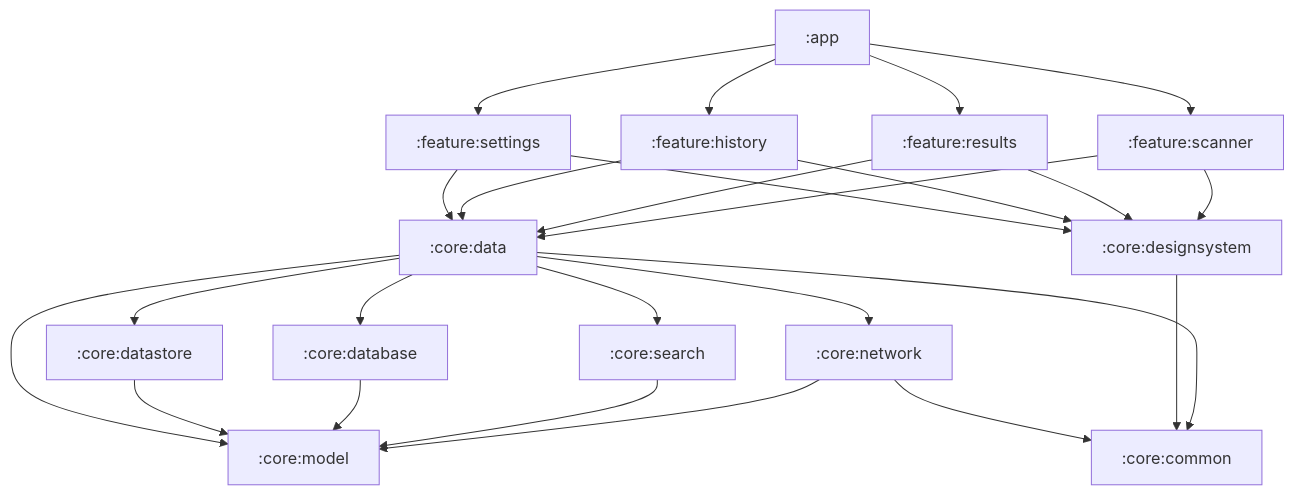
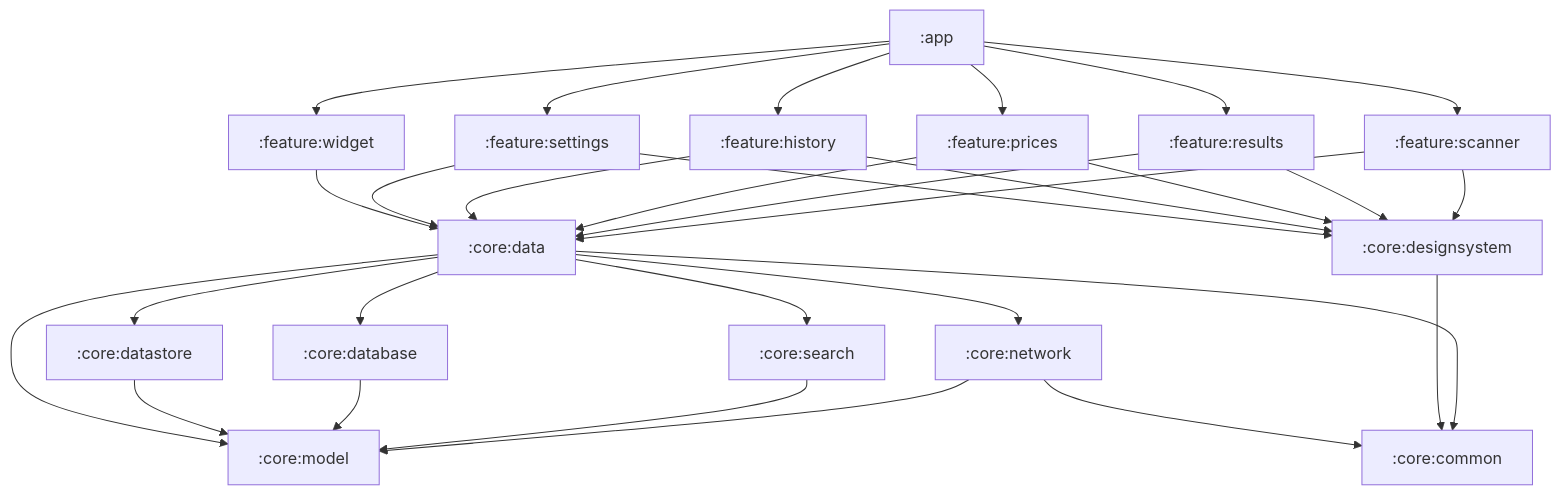
The diagram in README.md (RhymezxCode/LifeLen), drawn with Mermaid before and after one commit. The commit also changed other lines of this file, not shown here.

````diff
--- a/README.md
+++ b/README.md
@@ -79,32 +85,37 @@
 ```mermaid
 graph TD
     app[":app"] --> fscanner[":feature:scanner"]
     app --> fresults[":feature:results"]
+    app --> fprices[":feature:prices"]
     app --> fhistory[":feature:history"]
     app --> fsettings[":feature:settings"]
+    app --> fwidget[":feature:widget"]
 
     fscanner --> data[":core:data"]
     fresults --> data
+    fprices --> data
     fhistory --> data
     fsettings --> data
+    fwidget --> data
 
     fscanner --> ds[":core:designsystem"]
     fresults --> ds
+    fprices --> ds
     fhistory --> ds
     fsettings --> ds
 
     data --> network[":core:network"]
     data --> search[":core:search"]
     data --> database[":core:database"]
     data --> datastore[":core:datastore"]
 
     network --> model[":core:model"]
     search --> model
     database --> model
     datastore --> model
     data --> model
 
     data --> common[":core:common"]
     ds --> common
     network --> common
 ```
````
